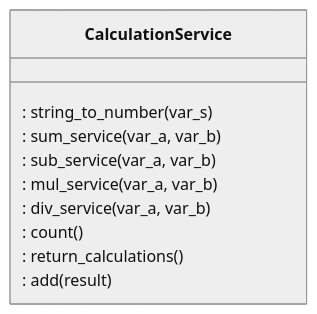
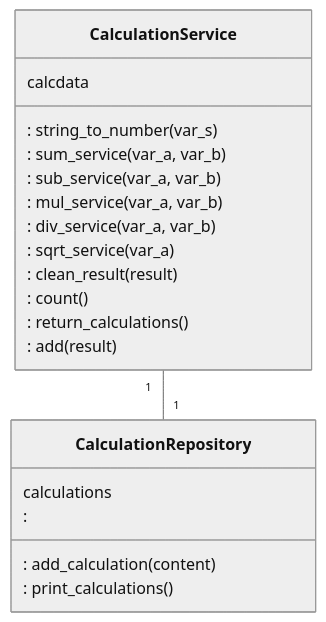
The diagram in dokumentaatio/arkkitehtuuri.md (n0spoon/ot-harjoitustyo), drawn with Mermaid (neutral theme) before and after one commit.

````diff
--- a/dokumentaatio/arkkitehtuuri.md
+++ b/dokumentaatio/arkkitehtuuri.md
@@ -13,13 +13,23 @@
 ```mermaid
  classDiagram
+     CalculationService "1" -- "1" CalculationRepository
      class CalculationService{
+         calcdata
      : string_to_number(var_s)
      : sum_service(var_a, var_b)
      : sub_service(var_a, var_b)
      : mul_service(var_a, var_b)
      : div_service(var_a, var_b)
+     : sqrt_service(var_a)
+     : clean_result(result)
      : count()
      : return_calculations()
      : add(result)
-}
+     }
+     class CalculationRepository{
+         calculations
+     : add_calculation(content)
+     : print_calculations()
+     : 
+     }
 ```
````
